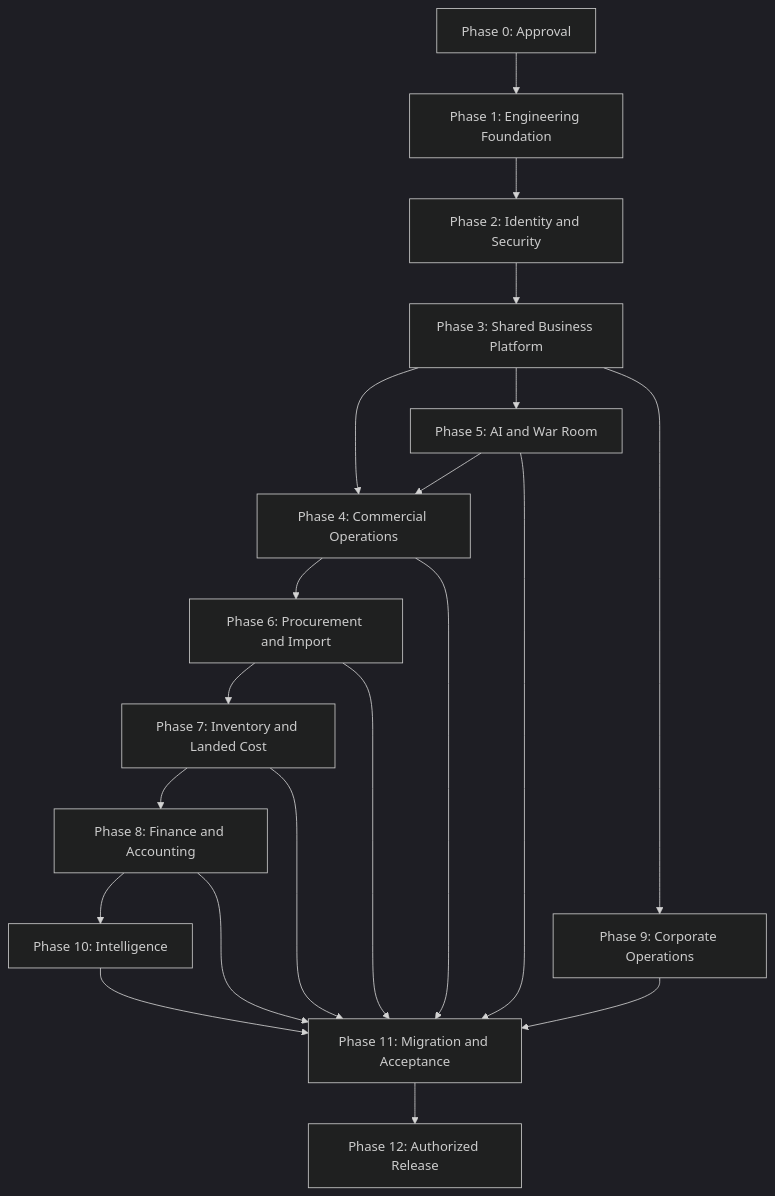
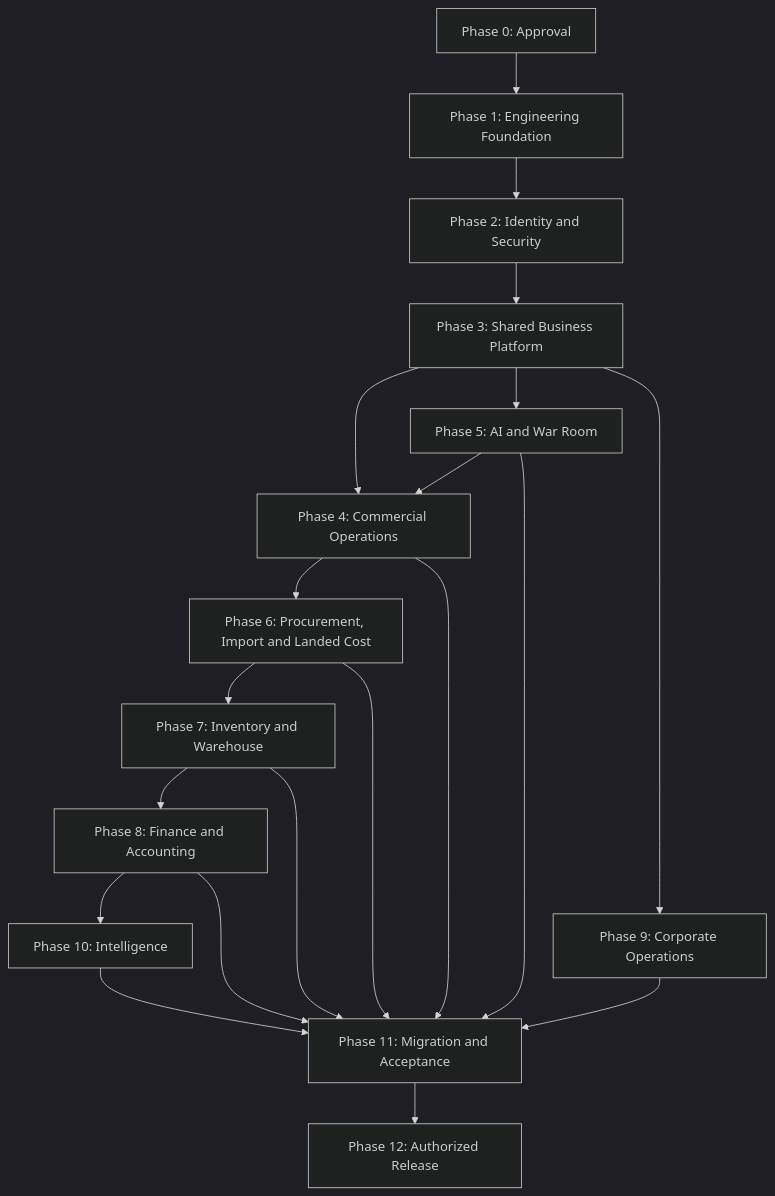
One commit to gojamochzeleku-cell/Infinity-ERP-Next changed the diagram in docs/08-implementation/IMPLEMENTATION_BACKLOG.md. Above: the diagram before and after it, drawn with Mermaid (dark theme). The commit also changed other lines of this file, not shown here.

Commit message:
Align finance and landed cost priorities

````diff
--- a/docs/08-implementation/IMPLEMENTATION_BACKLOG.md
+++ b/docs/08-implementation/IMPLEMENTATION_BACKLOG.md
@@ -1678,22 +1684,22 @@
 ```mermaid id="backlogdependency"
 flowchart TD
     A[Phase 0: Approval] --> B[Phase 1: Engineering Foundation]
     B --> C[Phase 2: Identity and Security]
     C --> D[Phase 3: Shared Business Platform]
     D --> E[Phase 4: Commercial Operations]
     D --> F[Phase 5: AI and War Room]
-    E --> G[Phase 6: Procurement and Import]
+    E --> G[Phase 6: Procurement, Import and Landed Cost]
     F --> E
-    G --> H[Phase 7: Inventory and Landed Cost]
+    G --> H[Phase 7: Inventory and Warehouse]
     H --> I[Phase 8: Finance and Accounting]
     D --> J[Phase 9: Corporate Operations]
     I --> K[Phase 10: Intelligence]
     E --> L[Phase 11: Migration and Acceptance]
     F --> L
     G --> L
     H --> L
     I --> L
     J --> L
     K --> L
     L --> M[Phase 12: Authorized Release]
 ```
````
